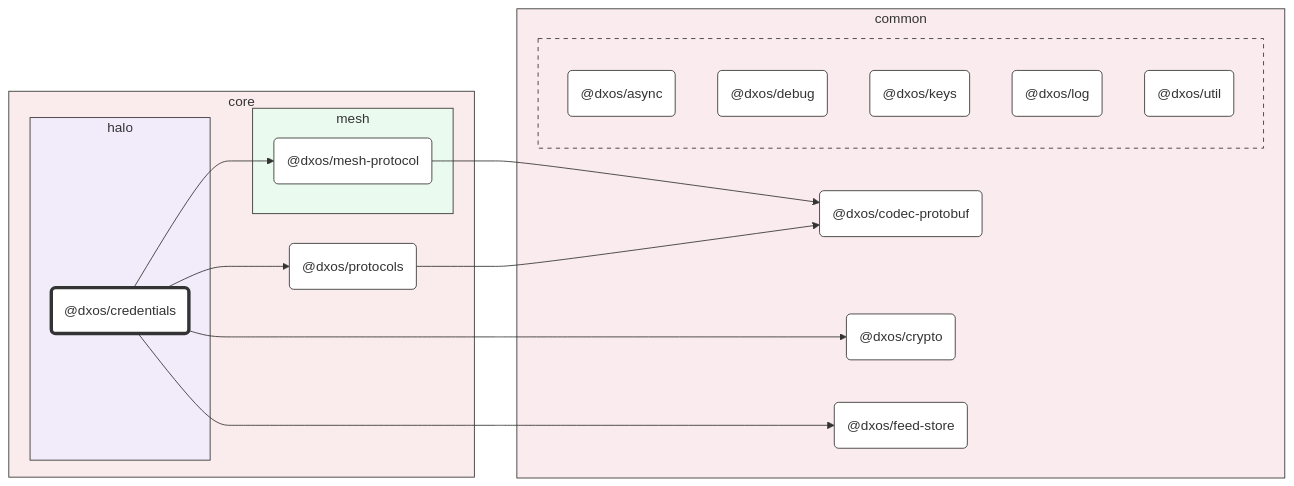
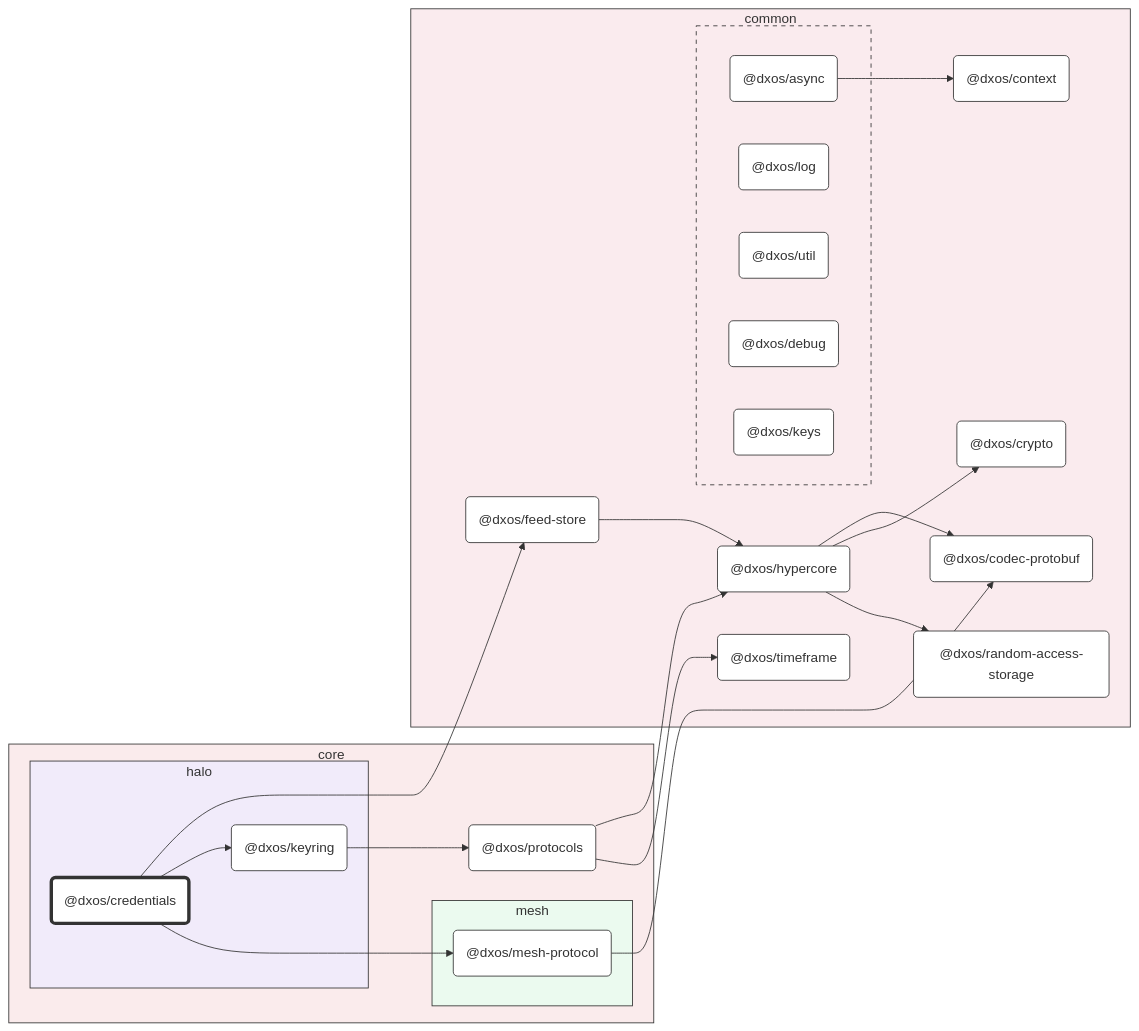
The diagram in packages/core/halo/credentials/docs/README.md (dxos/dxos), drawn with Mermaid before and after one commit. The commit also changed other lines of this file and 95 other files, not shown here.

Commit message:
Class diagrams.

````diff
--- a/packages/core/halo/credentials/docs/README.md
+++ b/packages/core/halo/credentials/docs/README.md
@@ -7,62 +7,78 @@
 ```mermaid
 %%{ init: {'flowchart':{'curve':'basis'}} }%%
 
 flowchart LR
 
 %% Classes
 classDef def fill:#fff,stroke:#333,stroke-width:1px
 classDef root fill:#fff,stroke:#333,stroke-width:4px
 
 %% Nodes
 
 subgraph core [core]
   style core fill:#faebec,stroke:#333
   dxos/protocols("@dxos/protocols"):::def
   click dxos/protocols "dxos/dxos/tree/main/packages/core/protocols/docs"
 
   subgraph halo [halo]
     style halo fill:#f1ebfa,stroke:#333
     dxos/credentials("@dxos/credentials"):::root
     click dxos/credentials "dxos/dxos/tree/main/packages/core/halo/credentials/docs"
+    dxos/keyring("@dxos/keyring"):::def
+    click dxos/keyring "dxos/dxos/tree/main/packages/core/halo/keyring/docs"
   end
 
   subgraph mesh [mesh]
     style mesh fill:#ebfaef,stroke:#333
     dxos/mesh-protocol("@dxos/mesh-protocol"):::def
     click dxos/mesh-protocol "dxos/dxos/tree/main/packages/core/mesh/mesh-protocol/docs"
   end
 end
 
 subgraph common [common]
   style common fill:#faebee,stroke:#333
+  dxos/context("@dxos/context"):::def
+  click dxos/context "dxos/dxos/tree/main/packages/common/context/docs"
   dxos/codec-protobuf("@dxos/codec-protobuf"):::def
   click dxos/codec-protobuf "dxos/dxos/tree/main/packages/common/codec-protobuf/docs"
   dxos/crypto("@dxos/crypto"):::def
   click dxos/crypto "dxos/dxos/tree/main/packages/common/crypto/docs"
   dxos/feed-store("@dxos/feed-store"):::def
   click dxos/feed-store "dxos/dxos/tree/main/packages/common/feed-store/docs"
+  dxos/hypercore("@dxos/hypercore"):::def
+  click dxos/hypercore "dxos/dxos/tree/main/packages/common/hypercore/docs"
+  dxos/random-access-storage("@dxos/random-access-storage"):::def
+  click dxos/random-access-storage "dxos/dxos/tree/main/packages/common/random-access-storage/docs"
+  dxos/timeframe("@dxos/timeframe"):::def
+  click dxos/timeframe "dxos/dxos/tree/main/packages/common/timeframe/docs"
 
   subgraph _ [ ]
     style _ fill:#faebee,stroke:#333,stroke-dasharray:5 5
     dxos/async("@dxos/async"):::def
     click dxos/async "dxos/dxos/tree/main/packages/common/async/docs"
+    dxos/log("@dxos/log"):::def
+    click dxos/log "dxos/dxos/tree/main/packages/common/log/docs"
+    dxos/util("@dxos/util"):::def
+    click dxos/util "dxos/dxos/tree/main/packages/common/util/docs"
     dxos/debug("@dxos/debug"):::def
     click dxos/debug "dxos/dxos/tree/main/packages/common/debug/docs"
     dxos/keys("@dxos/keys"):::def
     click dxos/keys "dxos/dxos/tree/main/packages/common/keys/docs"
-    dxos/log("@dxos/log"):::def
-    click dxos/log "dxos/dxos/tree/main/packages/common/log/docs"
-    dxos/util("@dxos/util"):::def
-    click dxos/util "dxos/dxos/tree/main/packages/common/util/docs"
   end
 end
 
 %% Links
 linkStyle default stroke:#333,stroke-width:1px
-dxos/credentials --> dxos/crypto
+dxos/async --> dxos/context
 dxos/credentials --> dxos/feed-store
+dxos/feed-store --> dxos/hypercore
+dxos/hypercore --> dxos/codec-protobuf
+dxos/hypercore --> dxos/crypto
+dxos/hypercore --> dxos/random-access-storage
+dxos/credentials --> dxos/keyring
+dxos/keyring --> dxos/protocols
+dxos/protocols --> dxos/hypercore
+dxos/protocols --> dxos/timeframe
 dxos/credentials --> dxos/mesh-protocol
 dxos/mesh-protocol --> dxos/codec-protobuf
-dxos/credentials --> dxos/protocols
-dxos/protocols --> dxos/codec-protobuf
 ```
````
